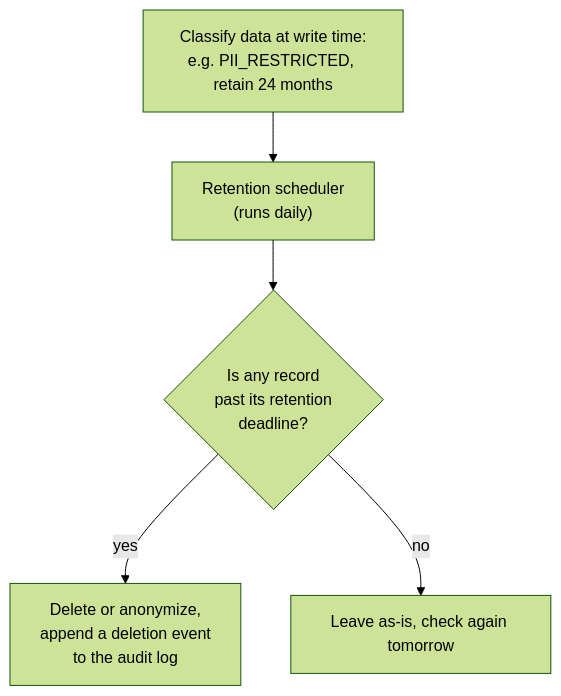
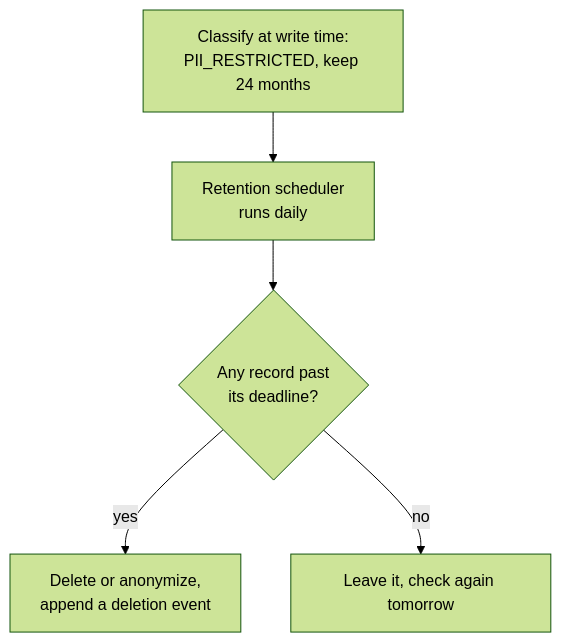
Before and after one commit to francoandreDev/knowledge: the third of 3 diagrams in src/content/architecture/architecture-for-compliance/L2-concept.mdx, drawn with Mermaid (forest theme). The commit also changed other lines of this file and 18 other files, not shown here.

Commit message:
Migrate architecture batch 4 (architecture-for-compliance, cost-aware-architecture, architecture-review, technical-strategy-roadmapping) to the three-tier exercise model

````diff
--- a/src/content/architecture/architecture-for-compliance/L2-concept.mdx
+++ b/src/content/architecture/architecture-for-compliance/L2-concept.mdx
@@ -139,7 +144,7 @@
 ```mermaid
 flowchart TD
-    C["Classify data at write time:<br/>e.g. PII_RESTRICTED, retain 24 months"] --> S["Retention scheduler<br/>(runs daily)"]
-    S --> Check{"Is any record<br/>past its retention<br/>deadline?"}
-    Check -->|yes| Delete["Delete or anonymize,<br/>append a deletion event<br/>to the audit log"]
-    Check -->|no| Wait["Leave as-is, check again tomorrow"]
+    C["Classify at write time:<br/>PII_RESTRICTED, keep 24 months"] --> S["Retention scheduler<br/>runs daily"]
+    S --> Check{"Any record past<br/>its deadline?"}
+    Check -->|"yes"| Delete["Delete or anonymize,<br/>append a deletion event"]
+    Check -->|"no"| Wait["Leave it, check again tomorrow"]
 ```
````
